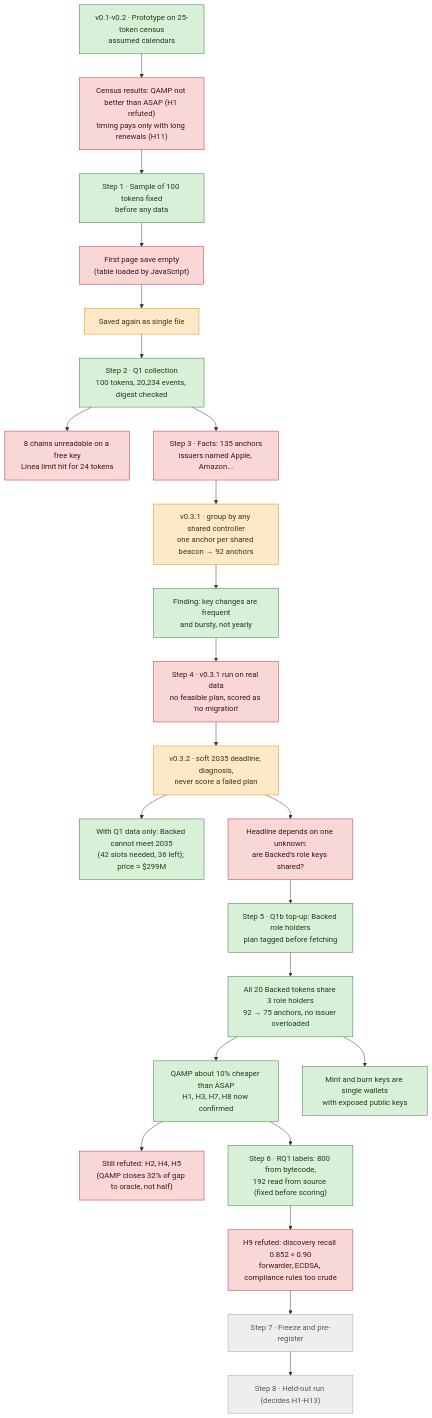
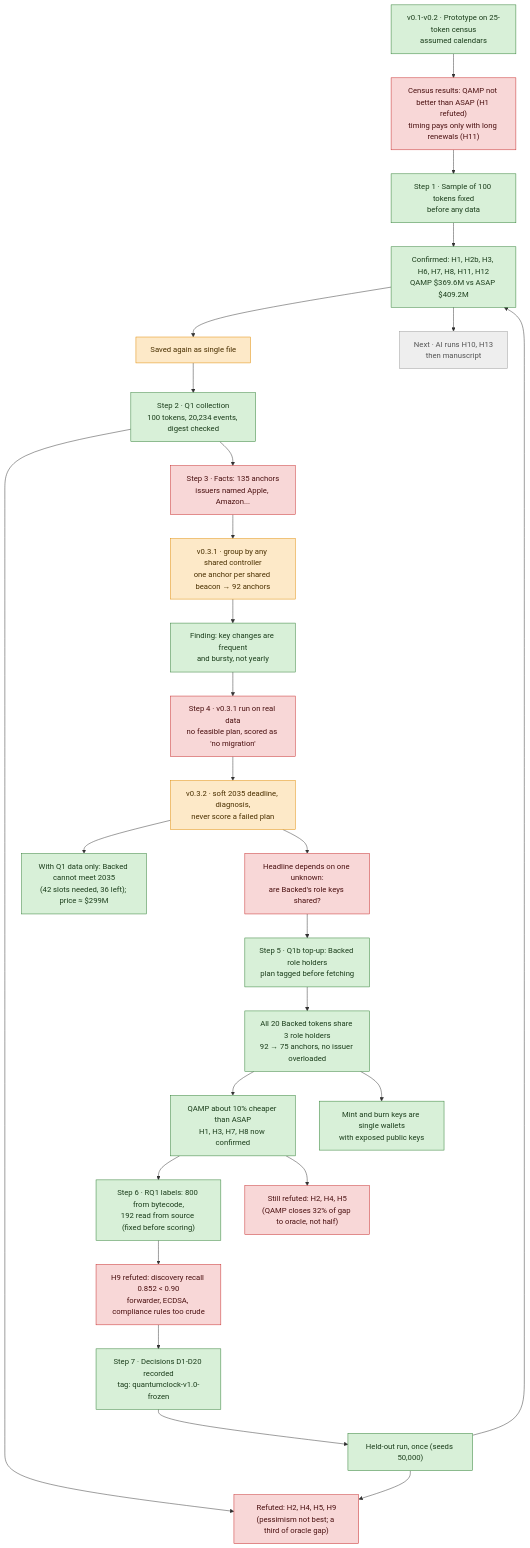
One commit to FahdSaif/RWA-Asset-tokenization changed the second of 2 diagrams in rwa-quantumclock/docs/EXPERIMENT.md. Above: the diagram before and after it, drawn with Mermaid. The commit also changed other lines of this file and 2 other files, not shown here.

Commit message:
Step 7: freeze and held-out run; final progress map and hypothesis table

````diff
--- a/rwa-quantumclock/docs/EXPERIMENT.md
+++ b/rwa-quantumclock/docs/EXPERIMENT.md
@@ -70,40 +70,46 @@
 ```mermaid
 flowchart TD
     classDef ok fill:#d8f0d8,stroke:#2e7d32,color:#1b3d1b
     classDef bad fill:#f8d7d7,stroke:#c62828,color:#4a1010
     classDef fix fill:#fde9c8,stroke:#e08a00,color:#4a3000
     classDef todo fill:#eeeeee,stroke:#9e9e9e,color:#555555
 
     P1["v0.1-v0.2 · Prototype on 25-token census<br/>assumed calendars"]:::ok
     R0["Census results: QAMP not better than ASAP (H1 refuted)<br/>timing pays only with long renewals (H11)"]:::bad
     S1["Step 1 · Sample of 100 tokens fixed<br/>before any data"]:::ok
     F1["First page save empty<br/>(table loaded by JavaScript)"]:::bad
     X1["Saved again as single file"]:::fix
     S2["Step 2 · Q1 collection<br/>100 tokens, 20,234 events, digest checked"]:::ok
     F2["8 chains unreadable on a free key<br/>Linea limit hit for 24 tokens"]:::bad
     S3["Step 3 · Facts: 135 anchors<br/>issuers named Apple, Amazon..."]:::bad
     X3["v0.3.1 · group by any shared controller<br/>one anchor per shared beacon → 92 anchors"]:::fix
     O3["Finding: key changes are frequent<br/>and bursty, not yearly"]:::ok
     S4["Step 4 · v0.3.1 run on real data<br/>no feasible plan, scored as 'no migration'"]:::bad
     X4["v0.3.2 · soft 2035 deadline, diagnosis,<br/>never score a failed plan"]:::fix
     O4["With Q1 data only: Backed cannot meet 2035<br/>(42 slots needed, 36 left); price ≈ $299M"]:::ok
     U4["Headline depends on one unknown:<br/>are Backed's role keys shared?"]:::bad
     S5["Step 5 · Q1b top-up: Backed role holders<br/>plan tagged before fetching"]:::ok
     O5["All 20 Backed tokens share 3 role holders<br/>92 → 75 anchors, no issuer overloaded"]:::ok
     R5["QAMP about 10% cheaper than ASAP<br/>H1, H3, H7, H8 now confirmed"]:::ok
     K5["Still refuted: H2, H4, H5<br/>(QAMP closes 32% of gap to oracle, not half)"]:::bad
     E5["Mint and burn keys are single wallets<br/>with exposed public keys"]:::ok
     L6["Step 6 · RQ1 labels: 800 from bytecode,<br/>192 read from source (fixed before scoring)"]:::ok
     H9["H9 refuted: discovery recall 0.852 < 0.90<br/>forwarder, ECDSA, compliance rules too crude"]:::bad
-    S6["Step 7 · Freeze and pre-register"]:::todo
-    S7["Step 8 · Held-out run (decides H1-H13)"]:::todo
+    S6["Step 7 · Decisions D1-D20 recorded<br/>tag: quantumclock-v1.0-frozen"]:::ok
+    S7["Held-out run, once (seeds 50,000)"]:::ok
+    F1["Confirmed: H1, H2b, H3, H6, H7, H8, H11, H12<br/>QAMP $369.6M vs ASAP $409.2M"]:::ok
+    F2["Refuted: H2, H4, H5, H9<br/>(pessimism not best; a third of oracle gap)"]:::bad
+    F3["Next · AI runs H10, H13<br/>then manuscript"]:::todo
 
     P1 --> R0 --> S1
     S1 --> F1 --> X1 --> S2
     S2 --> F2
     S2 --> S3 --> X3 --> O3 --> S4
     S4 --> X4 --> O4
     X4 --> U4 --> S5 --> O5 --> R5 --> L6 --> H9 --> S6 --> S7
+    S7 --> F1
+    S7 --> F2
+    F1 --> F3
     O5 --> E5
     R5 --> K5
 ```
````
